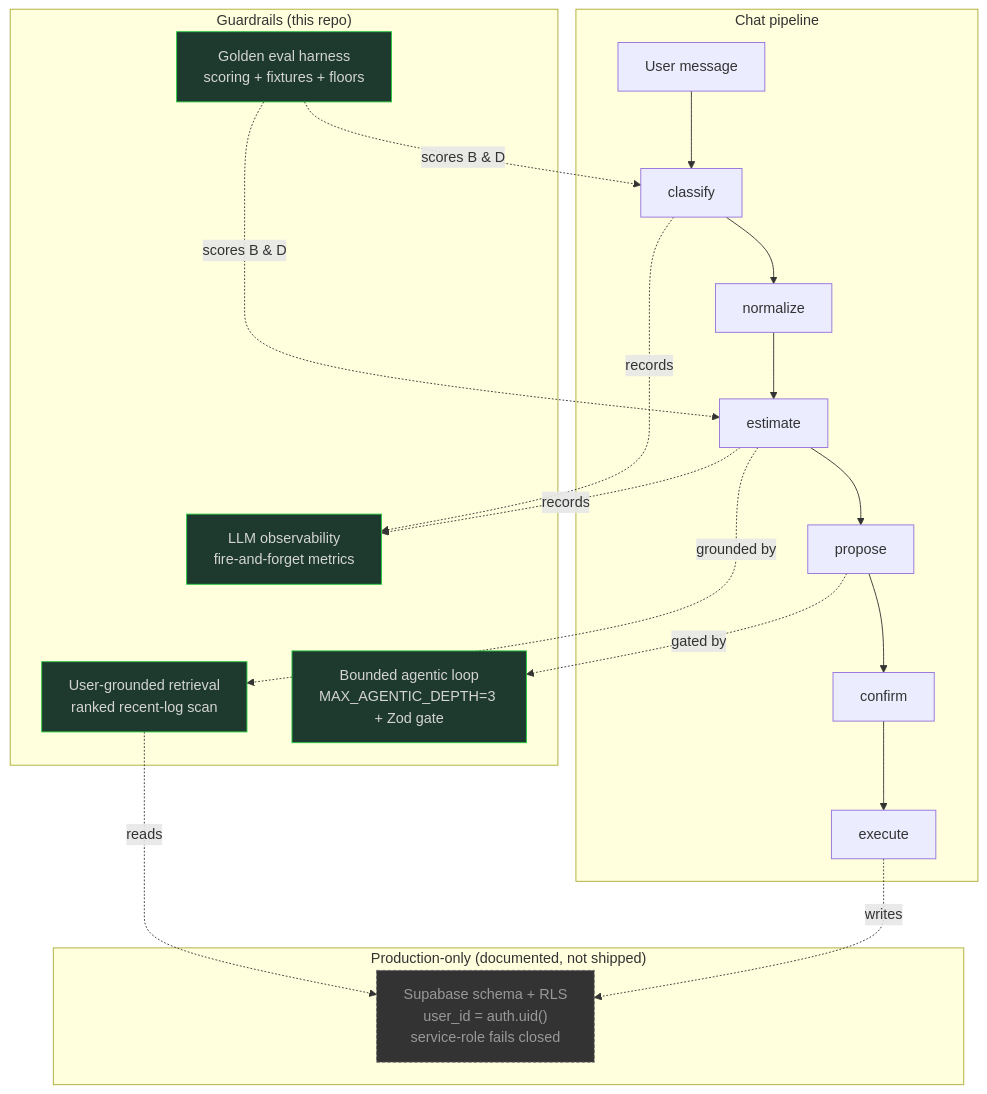
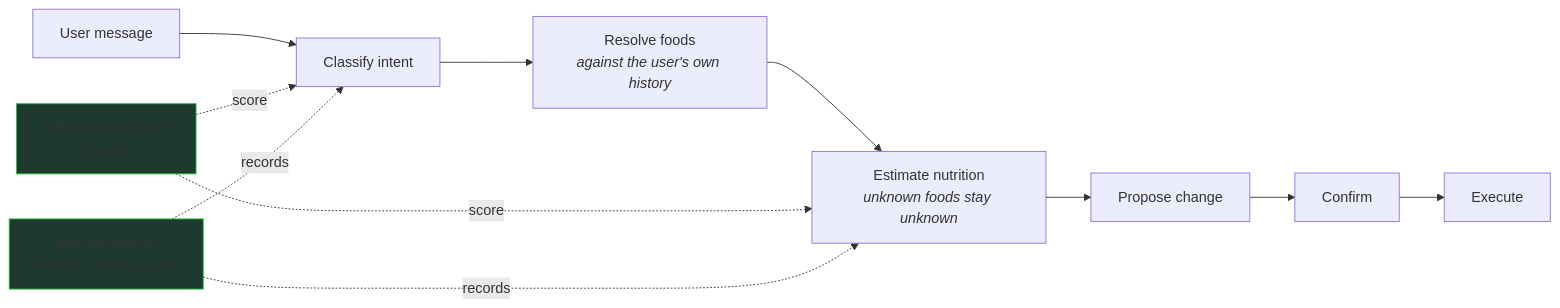
One commit to Sebastian-O-Rodriguez/showcase-routine-me changed the diagram in README.md. Above: the diagram before and after it, drawn with Mermaid. The commit also changed other lines of this file and 2 other files, not shown here.

````diff
--- a/README.md
+++ b/README.md
@@ -63,36 +53,16 @@
 ```mermaid
-flowchart TD
-    subgraph Pipeline["Chat pipeline"]
-        A[User message] --> B[classify]
-        B --> C[normalize]
-        C --> D[estimate]
-        D --> E[propose]
-        E --> F[confirm]
-        F --> G[execute]
-    end
+flowchart LR
+    U["User message"] --> C["Classify intent"]
+    C --> N["Resolve foods<br/><i>against the user's own history</i>"]
+    N --> E["Estimate nutrition<br/><i>unknown foods stay unknown</i>"]
+    E --> P["Propose change"]
+    P --> CF["Confirm"]
+    CF --> X["Execute"]
 
-    subgraph Guardrails["Guardrails (this repo)"]
-        EV["Golden eval harness<br/>scoring + fixtures + floors"]
-        OB["LLM observability<br/>fire-and-forget metrics"]
-        RT["User-grounded retrieval<br/>ranked recent-log scan"]
-        AL["Bounded agentic loop<br/>MAX_AGENTIC_DEPTH=3 + Zod gate"]
-    end
-
-    subgraph Omitted["Production-only (documented, not shipped)"]
-        DB["Supabase schema + RLS<br/>user_id = auth.uid()<br/>service-role fails closed"]
-    end
-
-    B -.->|records| OB
-    D -.->|records| OB
-    E -.->|gated by| AL
-    D -.->|grounded by| RT
-    RT -.->|reads| DB
-    G -.->|writes| DB
-    EV -.->|scores B & D| B
-    EV -.->|scores B & D| D
-
-    classDef guard fill:#1e3a2f,stroke:#27c93f,color:#d4d4d4
-    classDef omit fill:#333,stroke:#666,color:#999,stroke-dasharray:4 2
-    class EV,OB,RT,AL guard
-    class DB omit
+    EV["Behavior test cases<br/><i>(evals)</i>"] -.->|score| C
+    EV -.->|score| E
+    OB["Per-call metrics<br/><i>latency · tokens · cost</i>"] -.->|records| C
+    OB -.->|records| E
+    style EV fill:#1e3a2f,stroke:#27c93f
+    style OB fill:#1e3a2f,stroke:#27c93f
 ```
````
